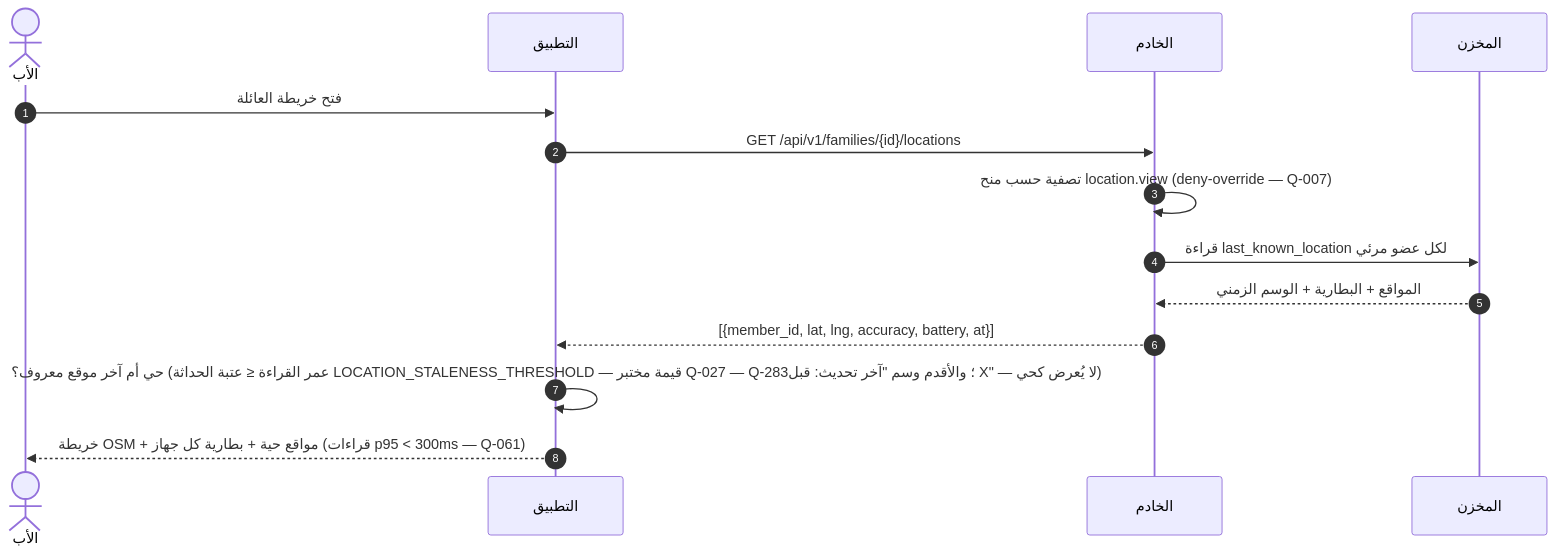
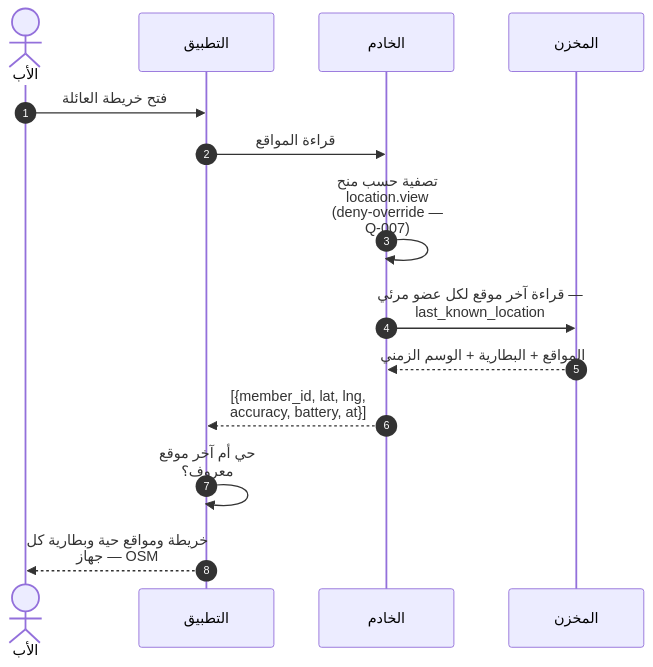
The sixth of 30 diagrams in docs/family-os/governance/phases/phase-1/S1-07-location-basic/DIAGRAMS.md (Bassam-mohammed-alqaeadi/family-os-v2), drawn with Mermaid before and after one commit. The commit also changed other lines of this file, not shown here.

````diff
--- a/docs/family-os/governance/phases/phase-1/S1-07-location-basic/DIAGRAMS.md
+++ b/docs/family-os/governance/phases/phase-1/S1-07-location-basic/DIAGRAMS.md
@@ -233,16 +270,17 @@
 ```mermaid
+    %%{init: {"sequence": {"wrap": true}}}%%
 sequenceDiagram
     autonumber
     actor Father as الأب
-    participant Flutter as التطبيق
+    participant App as التطبيق
     participant Ktor as الخادم
     participant PG as المخزن
-    Father->>Flutter: فتح خريطة العائلة
-    Flutter->>Ktor: GET /api/v1/families/{id}/locations
+    Father->>App: فتح خريطة العائلة
+    App->>Ktor: قراءة المواقع
     Ktor->>Ktor: تصفية حسب منح location.view (deny-override — Q-007)
-    Ktor->>PG: قراءة last_known_location لكل عضو مرئي
+    Ktor->>PG: قراءة آخر موقع لكل عضو مرئي — last_known_location
     PG-->>Ktor: المواقع + البطارية + الوسم الزمني
-    Ktor-->>Flutter: [{member_id, lat, lng, accuracy, battery, at}]
-    Flutter->>Flutter: حي أم آخر موقع معروف؟ (عمر القراءة ≤ عتبة الحداثة LOCATION_STALENESS_THRESHOLD — قيمة مختبر Q-027 — Q-283؛ والأقدم وسم "آخر تحديث: قبل X" — لا يُعرض كحي)
-    Flutter-->>Father: خريطة OSM + مواقع حية + بطارية كل جهاز (قراءات p95 < 300ms — Q-061)
+    Ktor-->>App: [{member_id, lat, lng, accuracy, battery, at}]
+    App->>App: حي أم آخر موقع معروف؟
+    App-->>Father: خريطة ومواقع حية وبطارية كل جهاز — OSM
 ```
````
